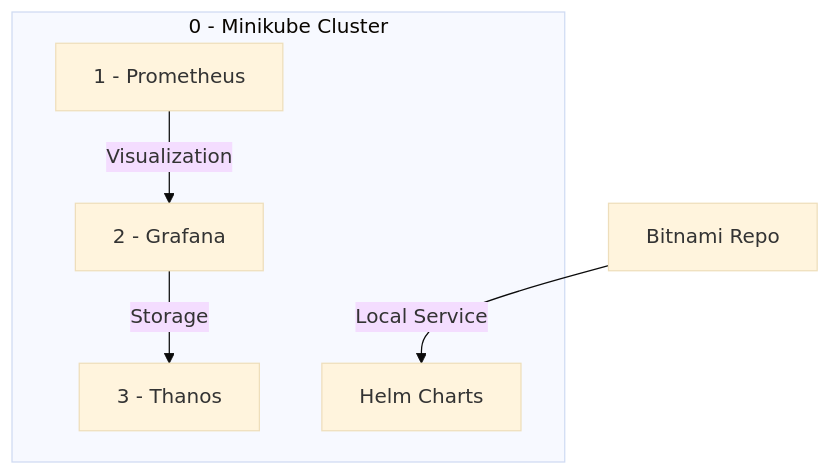
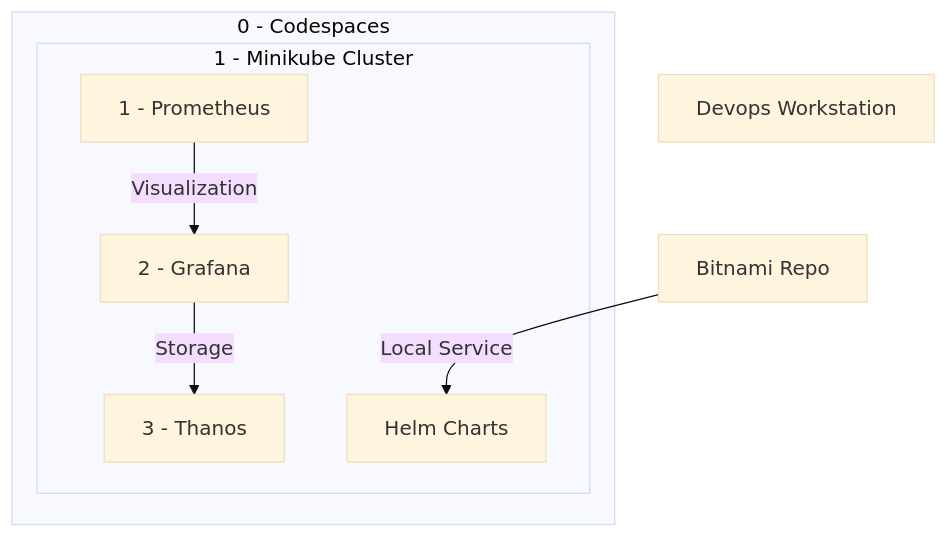
The diagram in markdowns/create/mermaid.md (YakubPlayground/Thanos-write-env), drawn with Mermaid (base theme) before and after one commit. The commit also changed other lines of this file, not shown here.

Commit message:
update the mermaid

````diff
--- a/markdowns/create/mermaid.md
+++ b/markdowns/create/mermaid.md
@@ -1,11 +1,17 @@
 ```mermaid
 graph TD
     B[1 - Prometheus] -->|Visualization| C[2 - Grafana] --> |Storage| A[3 - Thanos]
-    subgraph 0 - Minikube Cluster
-        A
-        B
-        C
+    
+    subgraph 0 - Codespaces
         E
-    end
+        E
+        subgraph 1 - Minikube Cluster
+            A
+            B
+            C
+            E
+        end
+    end 
+    F[Devops Workstation]
     D[Bitnami Repo] --> |Local Service| E[Helm Charts]
 ```
````
